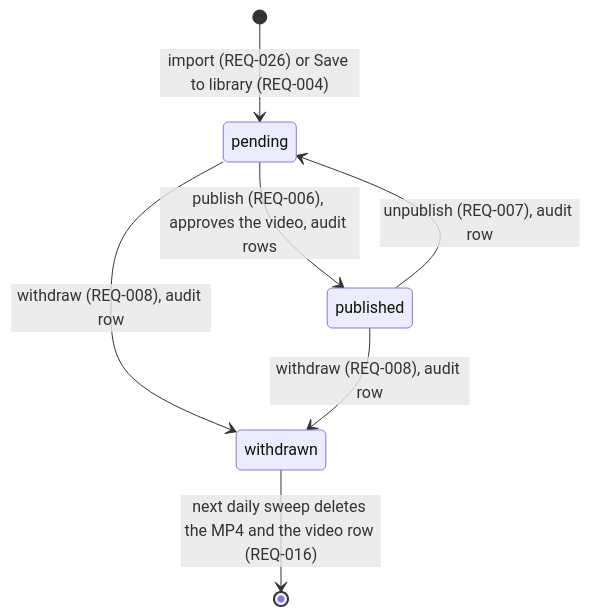
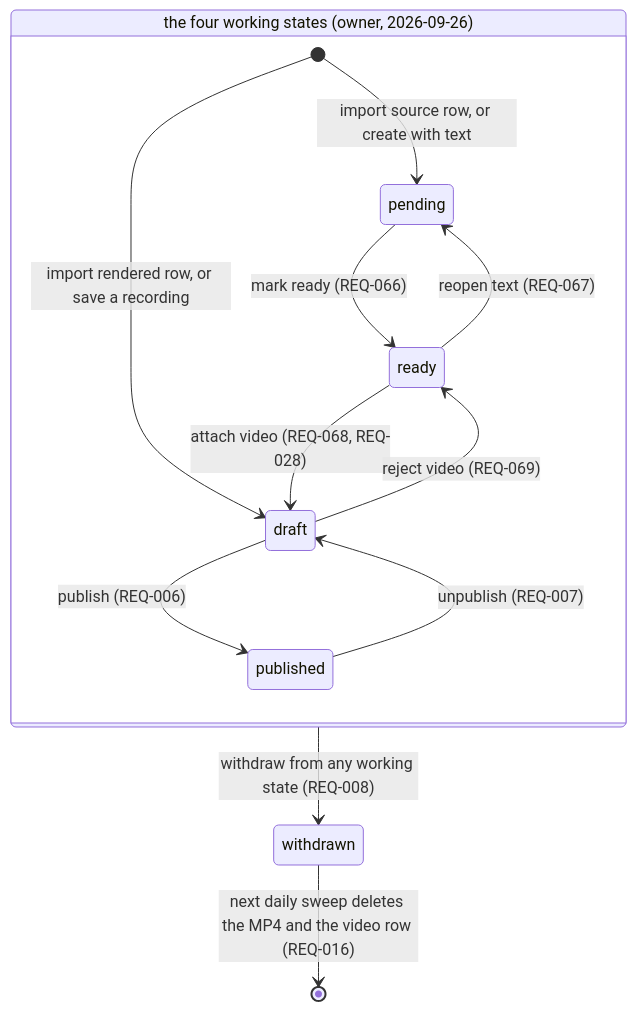
The second of 3 diagrams in docs/features/response-caching/SPEC.md (Kohandezh/kohandezh-live-avatar), drawn with Mermaid before and after one commit. The commit also changed other lines of this file and 1 other file, not shown here.

First line of the commit message:
docs(assistant): add the entry lifecycle, two-source import and lead card

````diff
--- a/docs/features/response-caching/SPEC.md
+++ b/docs/features/response-caching/SPEC.md
@@ -463,9 +704,15 @@
 ```mermaid
 stateDiagram-v2
-    [*] --> pending: import (REQ-026) or Save to library (REQ-004)
-    pending --> published: publish (REQ-006), approves the video, audit rows
-    published --> pending: unpublish (REQ-007), audit row
-    pending --> withdrawn: withdraw (REQ-008), audit row
-    published --> withdrawn: withdraw (REQ-008), audit row
+    state "the four working states (owner, 2026-09-26)" as working {
+        [*] --> pending: import source row, or create with text
+        [*] --> draft: import rendered row, or save a recording
+        pending --> ready: mark ready (REQ-066)
+        ready --> pending: reopen text (REQ-067)
+        ready --> draft: attach video (REQ-068, REQ-028)
+        draft --> ready: reject video (REQ-069)
+        draft --> published: publish (REQ-006)
+        published --> draft: unpublish (REQ-007)
+    }
+    working --> withdrawn: withdraw from any working state (REQ-008)
     withdrawn --> [*]: next daily sweep deletes the MP4 and the video row (REQ-016)
 ```
````
